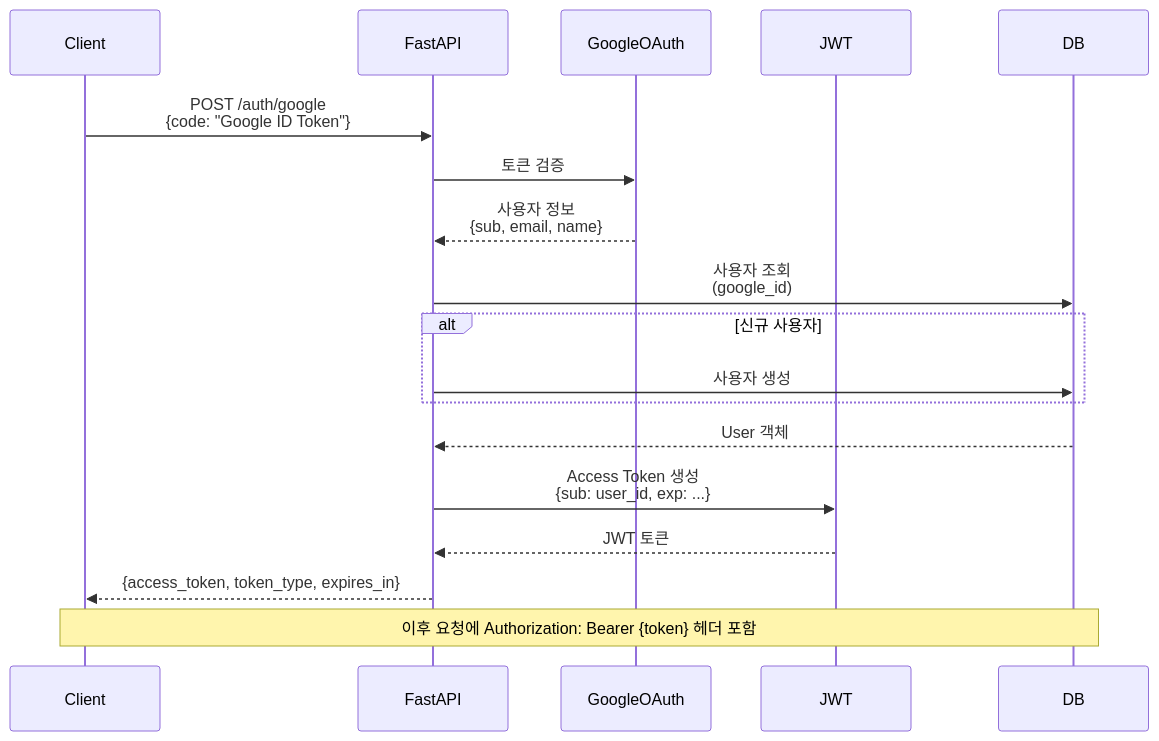
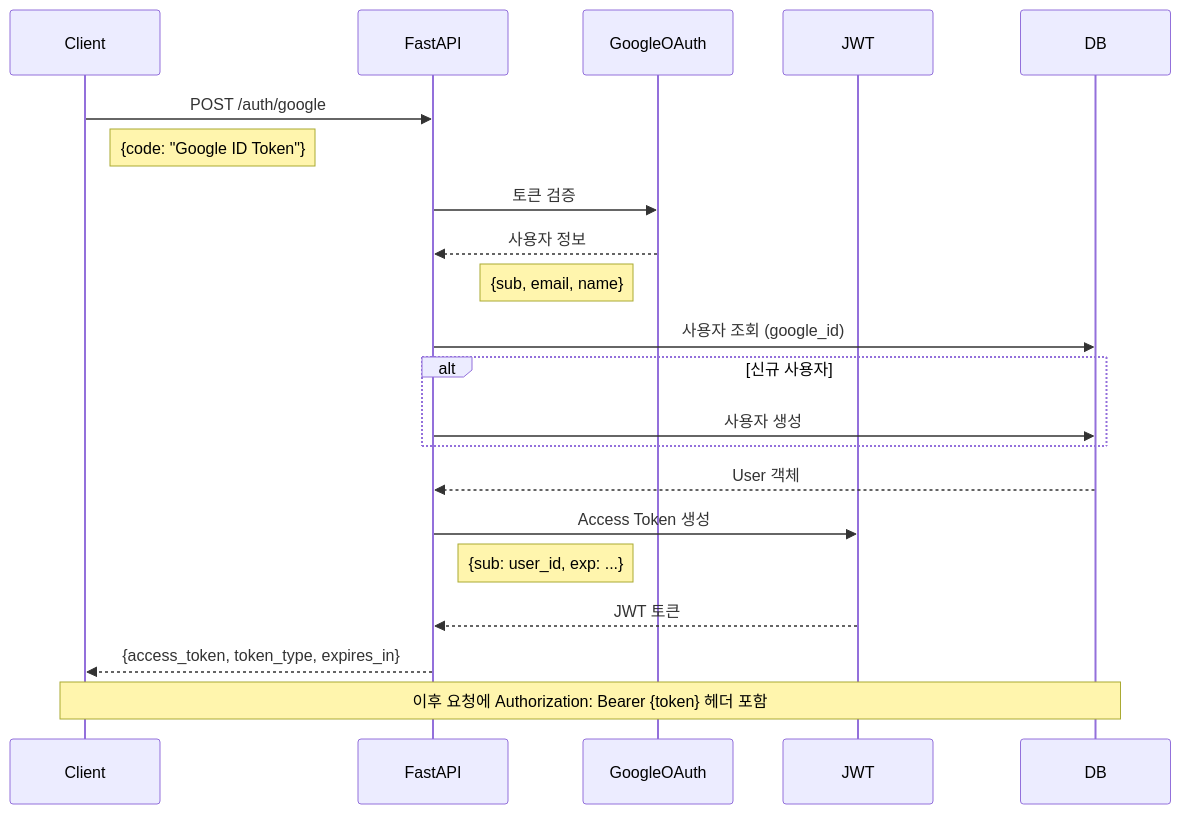
The second of 7 diagrams in backend/SYSTEM_ARCHITECTURE.md (WoongHeeHee/DX_project), drawn with Mermaid before and after one commit. The commit also changed other lines of this file and 136 other files, not shown here.

````diff
--- a/backend/SYSTEM_ARCHITECTURE.md
+++ b/backend/SYSTEM_ARCHITECTURE.md
@@ -128,24 +201,27 @@
 ```mermaid
 sequenceDiagram
     participant Client
     participant FastAPI
     participant GoogleOAuth
     participant JWT
     participant DB
 
-    Client->>FastAPI: POST /auth/google<br/>{code: "Google ID Token"}
+    Client->>FastAPI: POST /auth/google
+    Note right of Client: {code: "Google ID Token"}
     FastAPI->>GoogleOAuth: 토큰 검증
-    GoogleOAuth-->>FastAPI: 사용자 정보<br/>{sub, email, name}
-    FastAPI->>DB: 사용자 조회<br/>(google_id)
+    GoogleOAuth-->>FastAPI: 사용자 정보
+    Note left of GoogleOAuth: {sub, email, name}
+    FastAPI->>DB: 사용자 조회 (google_id)
     
     alt 신규 사용자
         FastAPI->>DB: 사용자 생성
     end
     
     DB-->>FastAPI: User 객체
-    FastAPI->>JWT: Access Token 생성<br/>{sub: user_id, exp: ...}
+    FastAPI->>JWT: Access Token 생성
+    Note right of FastAPI: {sub: user_id, exp: ...}
     JWT-->>FastAPI: JWT 토큰
     FastAPI-->>Client: {access_token, token_type, expires_in}
     
     Note over Client,DB: 이후 요청에 Authorization: Bearer {token} 헤더 포함
 ```
````
